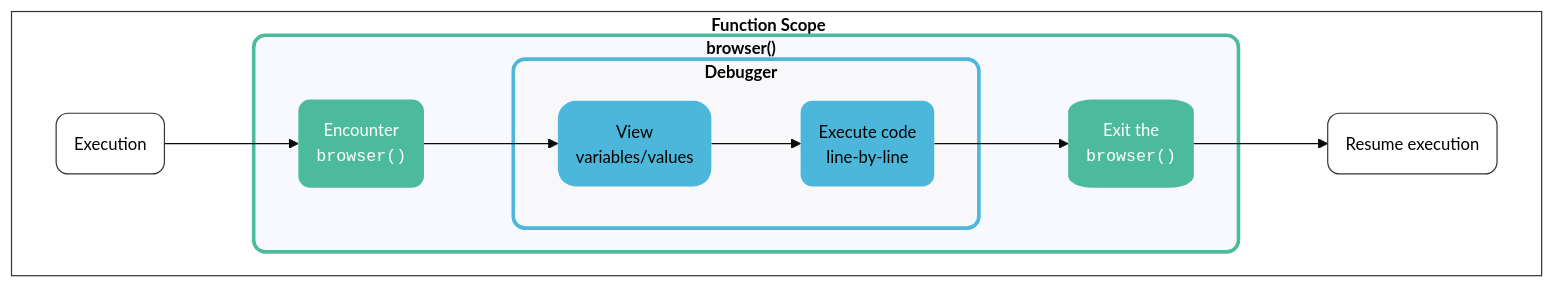
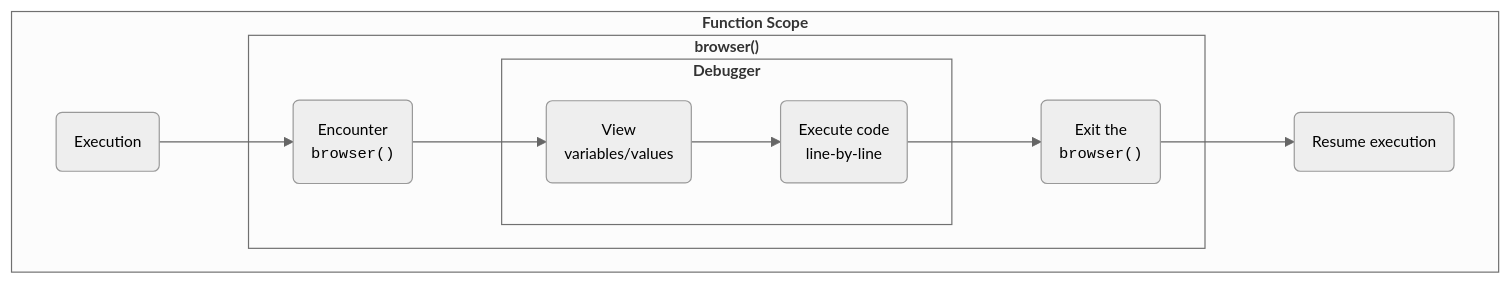
Before and after one commit to mjfrigaard/shiny-app-pkgs: the second of 3 diagrams in debugger.qmd, drawn with Mermaid. The commit also changed other lines of this file and 31 other files, not shown here.

````diff
--- a/debugger.qmd
+++ b/debugger.qmd
@@ -121,36 +127,36 @@
 ```{mermaid}
+%%| fig-cap: 'How `browser()` works in regular R function'
 %%| fig-align: center
-%%| fig-cap: 'How `browser()` works in regular R function'
-%%{init: {'theme': 'base', 'themeVariables': { 'fontFamily': 'monospace'}}}%%
+%%{init: {'theme': 'neutral', 'themeVariables': { 'fontFamily': 'monospace', "fontSize":"13px"}}}%%
 flowchart TD
     subgraph Function["<strong>Function Scope</strong>"]
         Running("Execution")
         Running --> Encounter
         
         subgraph BrowserStep["<strong>browser()<strong>"]
             Encounter("Encounter<br><code>browser()</code>") --> Step1
             
             subgraph Debugger["<strong>Debugger</strong>"]
                 Step1("View<br>variables/values") --> Step2("Execute code<br>line-by-line")
             end
             Step2 --> ExitBrowser("Exit the<br><code>browser()</code>")
             
         end
         ExitBrowser --> Resume("Resume execution")
         
     end
     
     %% subgraphs
-    style Function fill:#FFF,color:#000,stroke:#333,font-size:14px
-    style BrowserStep stroke:#4CBB9D,color:#000,stroke-width:3px,rx:10,ry:10,font-size:14px
-    style Debugger fill:#F8F8FA,color:#000,stroke:#4CB7DB,stroke-width:3px,rx:10,ry:10,font-size:14px
+    %% style Function fill:#FFF,color:#000,stroke:#333,font-size:14px %%
+    %% style BrowserStep stroke:#4CBB9D,color:#000,stroke-width:3px,rx:10,ry:10,font-size:14px  %%
+    %% style Debugger fill:#F8F8FA,color:#000,stroke:#4CB7DB,stroke-width:3px,rx:10,ry:10,font-size:14px %%
     
     %% nodes 
-    style Running fill:#FFF,color:#000,stroke:#333,rx:10,ry:10,font-size:14px
-    style Encounter fill:#4CBB9D,color:#FFFFFF,stroke:none,rx:10,ry:10,font-size:14px
-    style Step1 fill:#4CB7DB,color:#000,stroke:none,rx:15,ry:15,font-size:14px
-    style Step2 fill:#4CB7DB,color:#000,stroke:none,rx:10,ry:10,font-size:14px
-    style ExitBrowser fill:#4CBB9D,color:#FFFFFF,stroke:none,rx:20,ry:10,font-size:14px
-    style Resume fill:#FFF,color:#000,stroke:#333,rx:10,ry:10,font-size:14px
+    %% style Running fill:#FFF,color:#000,stroke:#333,rx:10,ry:10,font-size:14px %%
+    %% style Encounter fill:#4CBB9D,color:#FFFFFF,stroke:none,rx:10,ry:10,font-size:14px %%
+    %% style Step1 fill:#4CB7DB,color:#000,stroke:none,rx:15,ry:15,font-size:14px %%
+    %% style Step2 fill:#4CB7DB,color:#000,stroke:none,rx:10,ry:10,font-size:14px %%
+    %% style ExitBrowser fill:#4CBB9D,color:#FFFFFF,stroke:none,rx:20,ry:10,font-size:14px %%
+    %% style Resume fill:#FFF,color:#000,stroke:#333,rx:10,ry:10,font-size:14px %%
     
 ```
````
